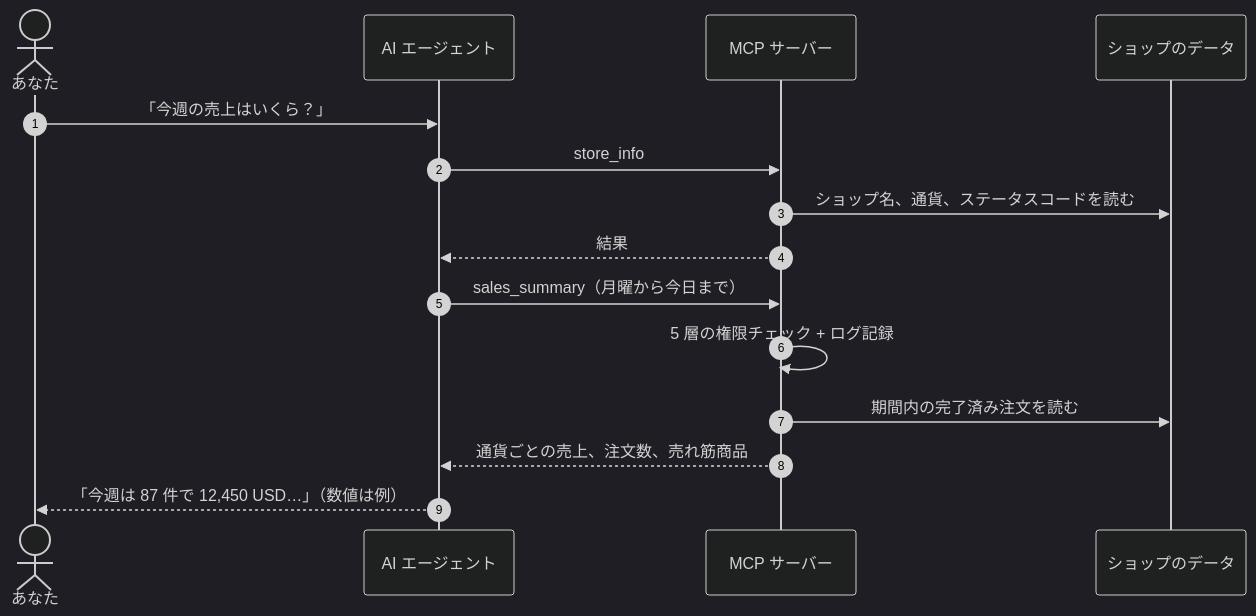
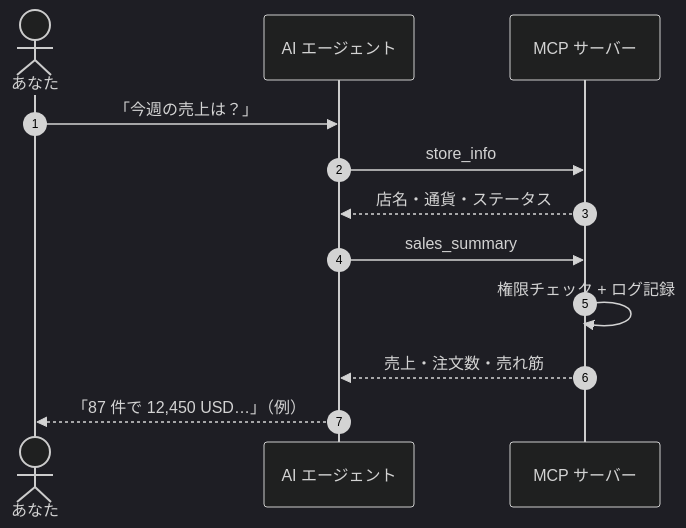
Before and after one commit to gp247net/gp247-docs: the second of 2 diagrams in mcp/mcp-introduction_ja.md, drawn with Mermaid (dark theme). The commit also changed other lines of this file and 44 other files, not shown here.

First line of the commit message:
docs: redraw oversized diagrams in security, API and MCP docs (vi/en/ja)

````diff
--- a/mcp/mcp-introduction_ja.md
+++ b/mcp/mcp-introduction_ja.md
@@ -97,17 +103,14 @@
 ```mermaid
 sequenceDiagram
     autonumber
     actor U as あなた
     participant A as AI エージェント
     participant M as MCP サーバー
-    participant S as ショップのデータ
-    U->>A: 「今週の売上はいくら？」
+    U->>A: 「今週の売上は？」
     A->>M: store_info
-    M->>S: ショップ名、通貨、ステータスコードを読む
-    M-->>A: 結果
-    A->>M: sales_summary（月曜から今日まで）
-    M->>M: 5 層の権限チェック + ログ記録
-    M->>S: 期間内の完了済み注文を読む
-    M-->>A: 通貨ごとの売上、注文数、売れ筋商品
-    A-->>U: 「今週は 87 件で 12,450 USD…」（数値は例）
+    M-->>A: 店名・通貨・ステータス
+    A->>M: sales_summary
+    M->>M: 権限チェック + ログ記録
+    M-->>A: 売上・注文数・売れ筋
+    A-->>U: 「87 件で 12,450 USD…」（例）
 ```
````
